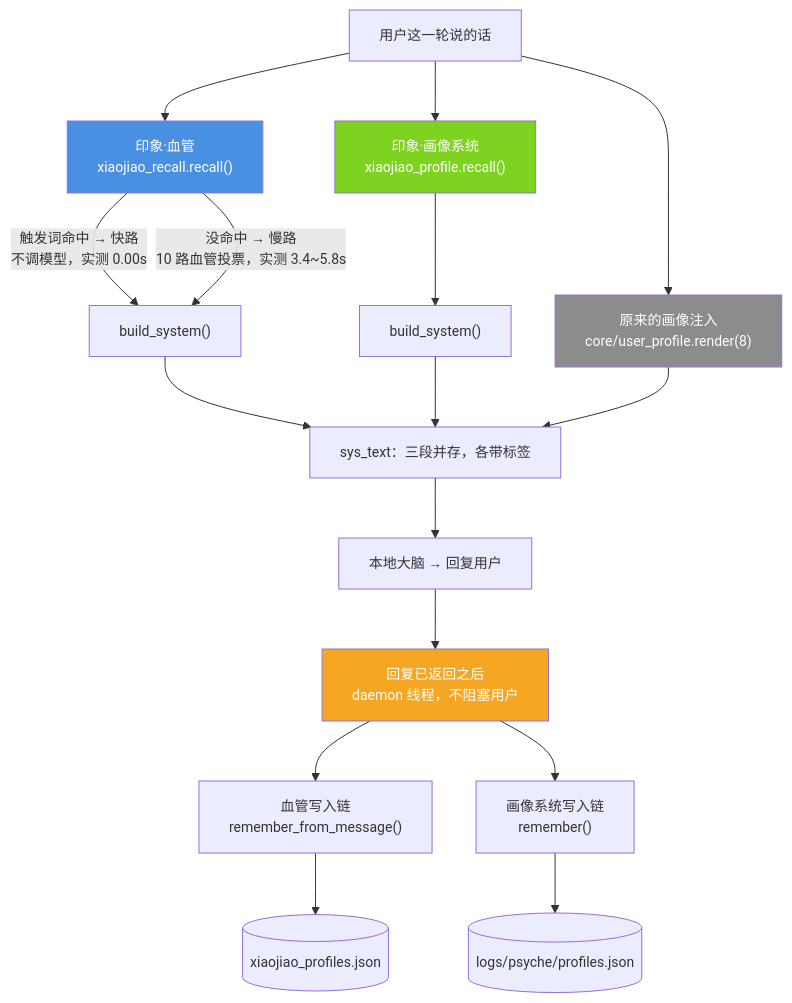
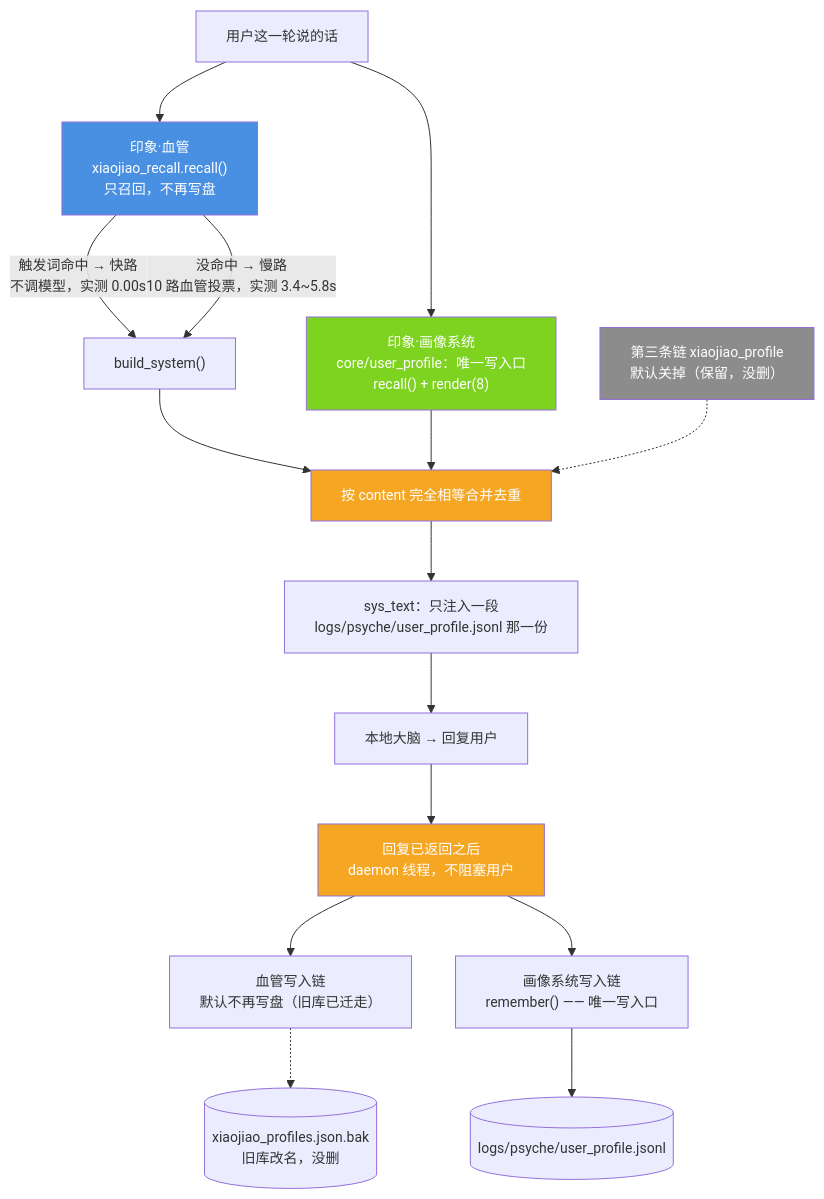
Before and after one commit to jiangchuangege/xiaojiao-harnees: diagram 22 of 22 in docs/architecture-diagrams.md, drawn with Mermaid. The commit also changed other lines of this file and 49 other files, not shown here.

````diff
--- a/docs/architecture-diagrams.md
+++ b/docs/architecture-diagrams.md
@@ -808,23 +812,23 @@
 ```mermaid
 %%{init: {"themeVariables": {"fontSize": "14px"}, "flowchart": {"htmlLabels": true, "wrappingWidth": 330, "nodeSpacing": 44, "rankSpacing": 60, "useMaxWidth": true}}}%%
 flowchart TB
-    U["用户这一轮说的话"] --> R1["印象·血管<br/>xiaojiao_recall.recall()"]
+    U["用户这一轮说的话"] --> R1["印象·血管<br/>xiaojiao_recall.recall()<br/>只召回，不再写盘"]
     R1 -->|"触发词命中 → 快路<br/>不调模型，实测 0.00s"| S1["build_system()"]
     R1 -->|"没命中 → 慢路<br/>10 路血管投票，实测 3.4~5.8s"| S1
-    U --> R2["印象·画像系统<br/>xiaojiao_profile.recall()"]
-    R2 --> S2["build_system()"]
-    U --> R3["原来的画像注入<br/>core/user_profile.render(8)"]
-    S1 --> SYS["sys_text：三段并存，各带标签"]
-    S2 --> SYS
-    R3 --> SYS
+    U --> R2["印象·画像系统<br/>core/user_profile：唯一写入口<br/>recall() + render(8)"]
+    S1 --> MG["按 content 完全相等合并去重"]
+    R2 --> MG
+    R3["第三条链 xiaojiao_profile<br/>默认关掉（保留，没删）"] -.-> MG
+    MG --> SYS["sys_text：只注入一段<br/>logs/psyche/user_profile.jsonl 那一份"]
     SYS --> M["本地大脑 → 回复用户"]
     M --> W["回复已返回之后<br/>daemon 线程，不阻塞用户"]
-    W --> W1["血管写入链<br/>remember_from_message()"]
-    W --> W2["画像系统写入链<br/>remember()"]
-    W1 --> P1[("xiaojiao_profiles.json")]
-    W2 --> P2[("logs/psyche/profiles.json")]
+    W --> W1["血管写入链<br/>默认不再写盘（旧库已迁走）"]
+    W --> W2["画像系统写入链<br/>remember() —— 唯一写入口"]
+    W1 -.-> P1[("xiaojiao_profiles.json.bak<br/>旧库改名，没删")]
+    W2 --> P2[("logs/psyche/user_profile.jsonl")]
     style R1 fill:#4A90E2,color:#fff
     style R2 fill:#7ED321,color:#fff
     style R3 fill:#8C8C8C,color:#fff
+    style MG fill:#F5A623,color:#fff
     style W fill:#F5A623,color:#fff
 ```
````
